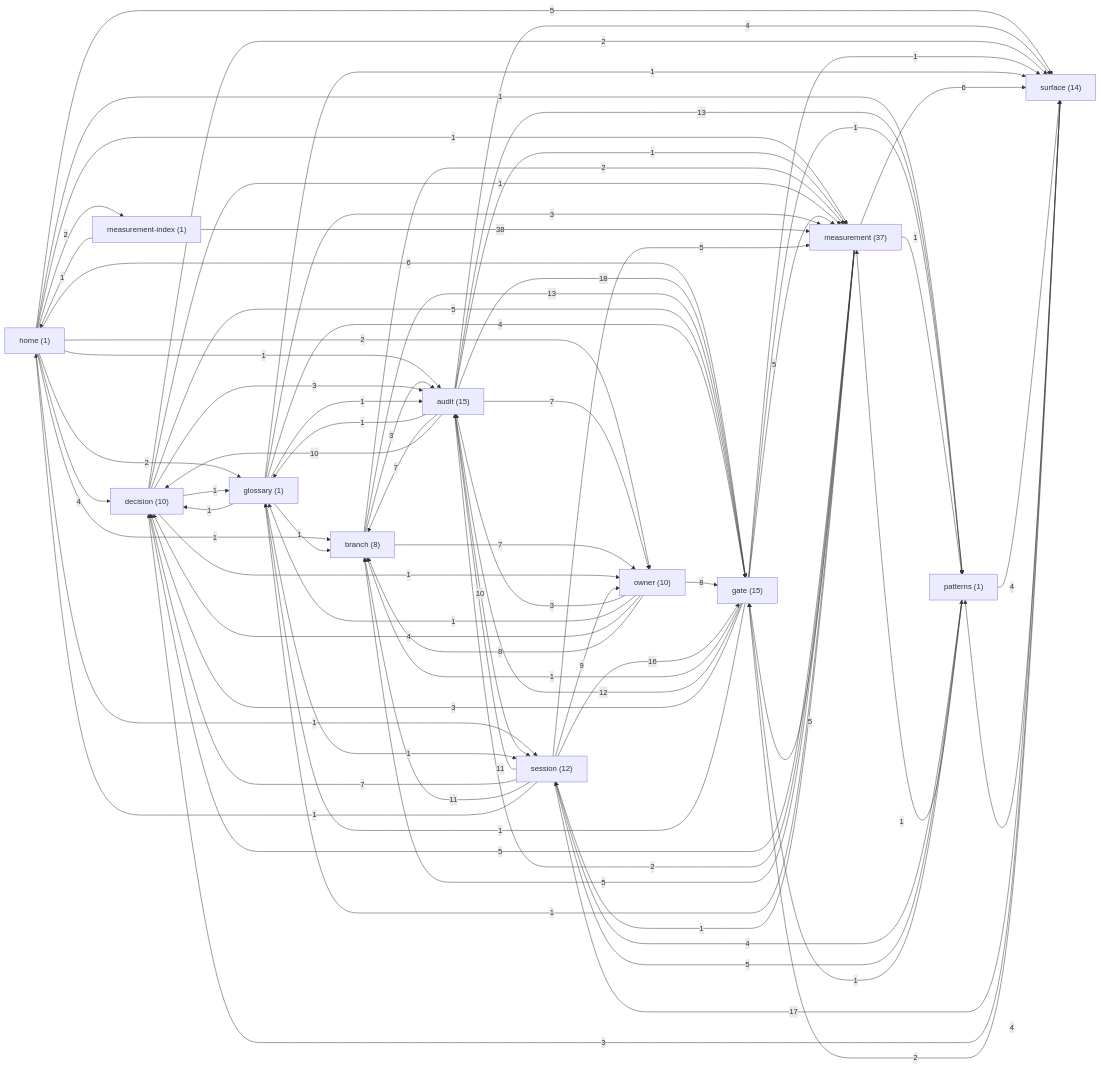
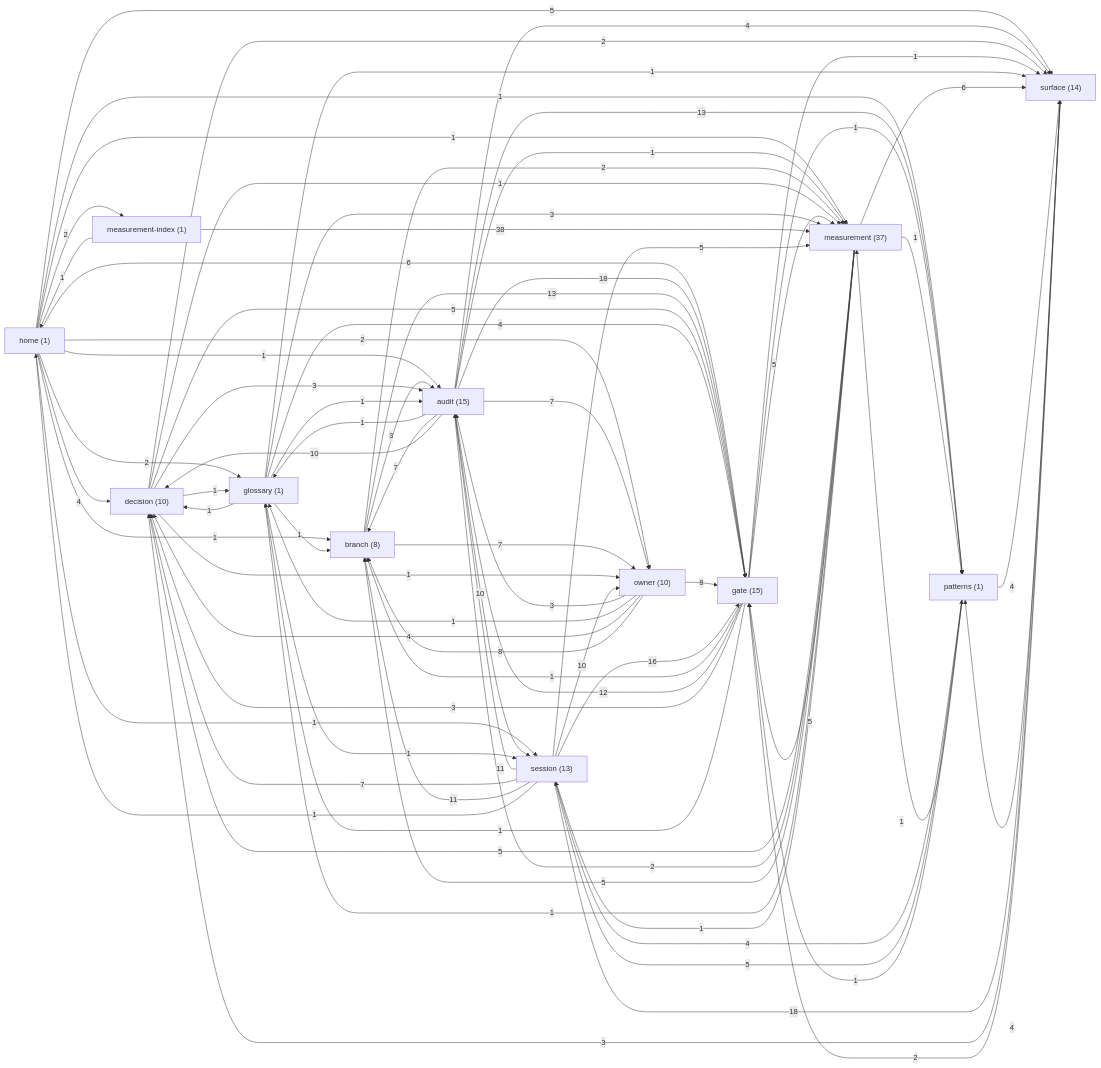
The diagram in docs/brain/GRAPH.md (sergey9519546/STORYMACHINE), drawn with Mermaid before and after one commit. The commit also changed other lines of this file and 7 other files, not shown here.

```diff
--- a/docs/brain/GRAPH.md
+++ b/docs/brain/GRAPH.md
@@ -18,7 +18,7 @@
   measurement_index["measurement-index (1)"]
   owner["owner (10)"]
   patterns["patterns (1)"]
-  session["session (12)"]
+  session["session (13)"]
   surface["surface (14)"]
   home -->|4| decision
   home -->|2| glossary
@@ -87,11 +87,11 @@
   session -->|11| audit
   session -->|5| measurement
   session -->|7| decision
-  session -->|17| surface
+  session -->|18| surface
   session -->|11| branch
   session -->|1| home
   session -->|4| patterns
-  session -->|9| owner
+  session -->|10| owner
   surface -->|4| patterns
   surface -->|3| decision
   surface -->|2| gate
```
